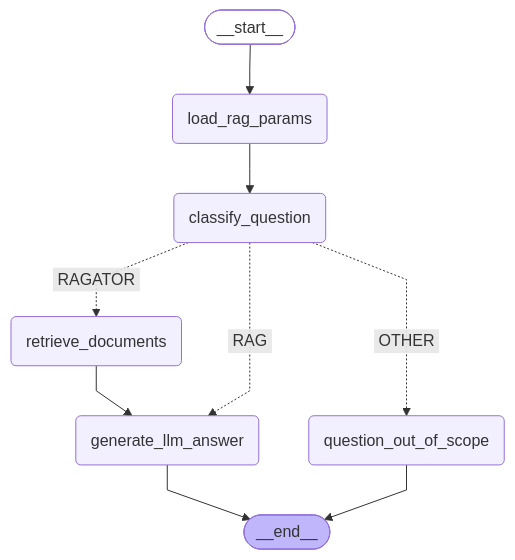
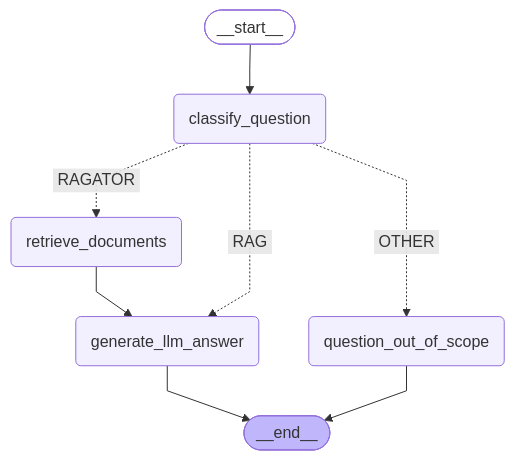
The diagram in README.md (gabguerin/ragator-v2), drawn with Mermaid before and after one commit. The commit also changed other lines of this file and 20 other files, not shown here.

````diff
--- a/README.md
+++ b/README.md
@@ -5,27 +7,25 @@
 ```mermaid
 ---
 config:
   flowchart:
     curve: linear
 ---
 graph TD;
-        __start__([<p>__start__</p>]):::first
-        load_rag_params(load_rag_params)
-        classify_question(classify_question)
-        question_out_of_scope(question_out_of_scope)
-        retrieve_documents(retrieve_documents)
-        generate_llm_answer(generate_llm_answer)
-        __end__([<p>__end__</p>]):::last
-        __start__ --> load_rag_params;
-        generate_llm_answer --> __end__;
-        load_rag_params --> classify_question;
-        question_out_of_scope --> __end__;
-        retrieve_documents --> generate_llm_answer;
-        classify_question -. &nbsp;RAGATOR&nbsp; .-> retrieve_documents;
-        classify_question -. &nbsp;RAG&nbsp; .-> generate_llm_answer;
-        classify_question -. &nbsp;OTHER&nbsp; .-> question_out_of_scope;
-        classDef default fill:#f2f0ff,line-height:1.2
-        classDef first fill-opacity:0
-        classDef last fill:#bfb6fc
+	__start__([<p>__start__</p>]):::first
+	classify_question(classify_question)
+	question_out_of_scope(question_out_of_scope)
+	retrieve_documents(retrieve_documents)
+	generate_llm_answer(generate_llm_answer)
+	__end__([<p>__end__</p>]):::last
+	__start__ --> classify_question;
+	generate_llm_answer --> __end__;
+	question_out_of_scope --> __end__;
+	retrieve_documents --> generate_llm_answer;
+	classify_question -. &nbsp;RAGATOR&nbsp; .-> retrieve_documents;
+	classify_question -. &nbsp;RAG&nbsp; .-> generate_llm_answer;
+	classify_question -. &nbsp;OTHER&nbsp; .-> question_out_of_scope;
+	classDef default fill:#f2f0ff,line-height:1.2
+	classDef first fill-opacity:0
+	classDef last fill:#bfb6fc
 
 ```
````
